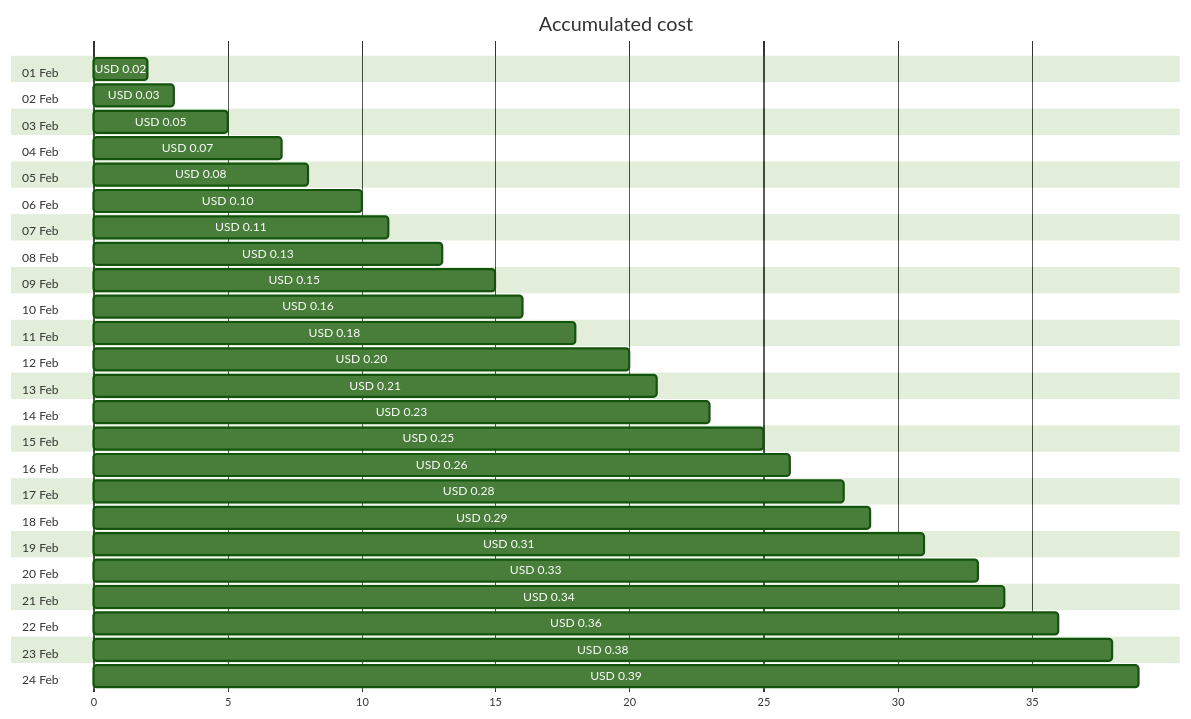
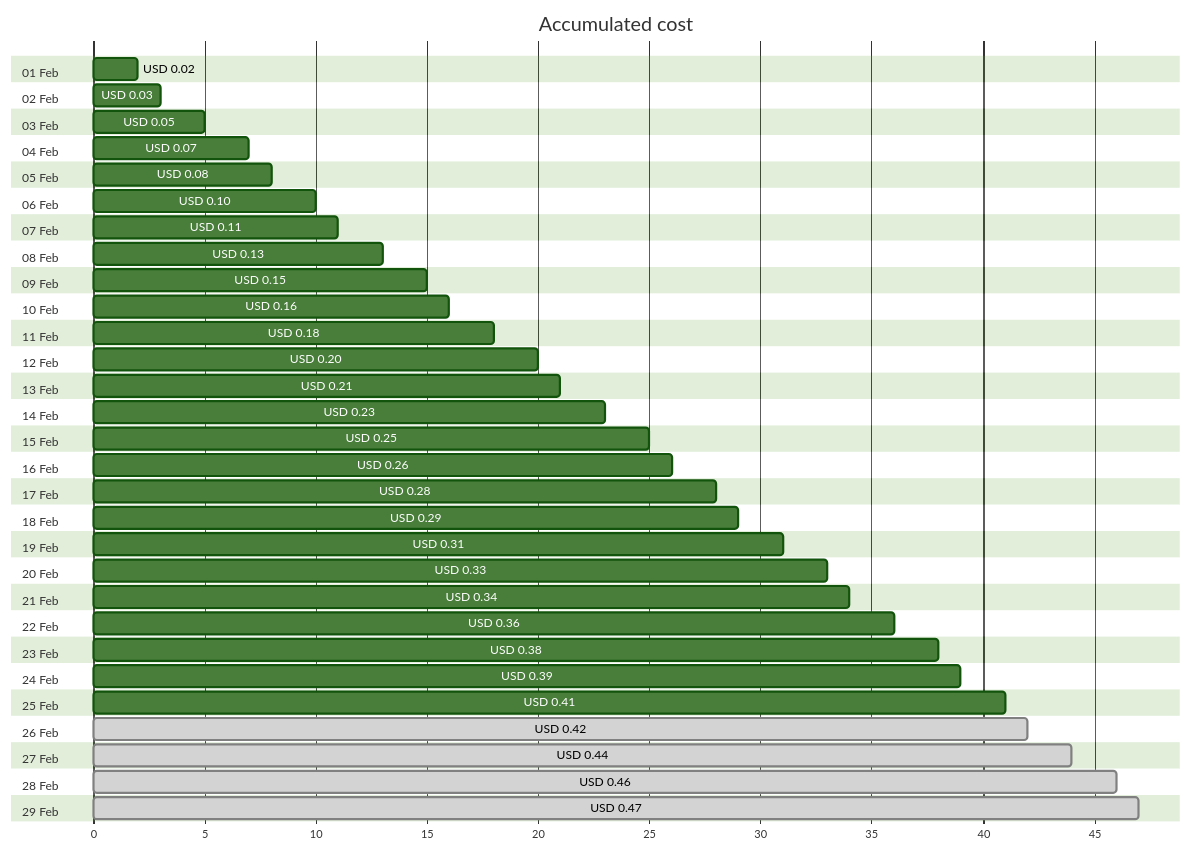
The first of 4 diagrams in cost-reports/personal-dns/jpatrickfulton.com.md (jpfulton/azure-personal-reports), drawn with Mermaid (forest theme) before and after one commit. The commit also changed other lines of this file and 2 other files, not shown here.

````diff
--- a/cost-reports/personal-dns/jpatrickfulton.com.md
+++ b/cost-reports/personal-dns/jpatrickfulton.com.md
@@ -20,54 +20,64 @@
 ```mermaid
 gantt
    title Accumulated cost
    dateFormat  X
    axisFormat %s
    section 01 Feb
    USD 0.02 :0, 2
    section 02 Feb
    USD 0.03 :0, 3
    section 03 Feb
    USD 0.05 :0, 5
    section 04 Feb
    USD 0.07 :0, 7
    section 05 Feb
    USD 0.08 :0, 8
    section 06 Feb
    USD 0.10 :0, 10
    section 07 Feb
    USD 0.11 :0, 11
    section 08 Feb
    USD 0.13 :0, 13
    section 09 Feb
    USD 0.15 :0, 15
    section 10 Feb
    USD 0.16 :0, 16
    section 11 Feb
    USD 0.18 :0, 18
    section 12 Feb
    USD 0.20 :0, 20
    section 13 Feb
    USD 0.21 :0, 21
    section 14 Feb
    USD 0.23 :0, 23
    section 15 Feb
    USD 0.25 :0, 25
    section 16 Feb
    USD 0.26 :0, 26
    section 17 Feb
    USD 0.28 :0, 28
    section 18 Feb
    USD 0.29 :0, 29
    section 19 Feb
    USD 0.31 :0, 31
    section 20 Feb
    USD 0.33 :0, 33
    section 21 Feb
    USD 0.34 :0, 34
    section 22 Feb
    USD 0.36 :0, 36
    section 23 Feb
    USD 0.38 :0, 38
    section 24 Feb
    USD 0.39 :0, 39
+   section 25 Feb
+   USD 0.41 :0, 41
+   section 26 Feb
+   USD 0.42 : done, 0, 42
+   section 27 Feb
+   USD 0.44 : done, 0, 44
+   section 28 Feb
+   USD 0.46 : done, 0, 46
+   section 29 Feb
+   USD 0.47 : done, 0, 47
 ```
````
